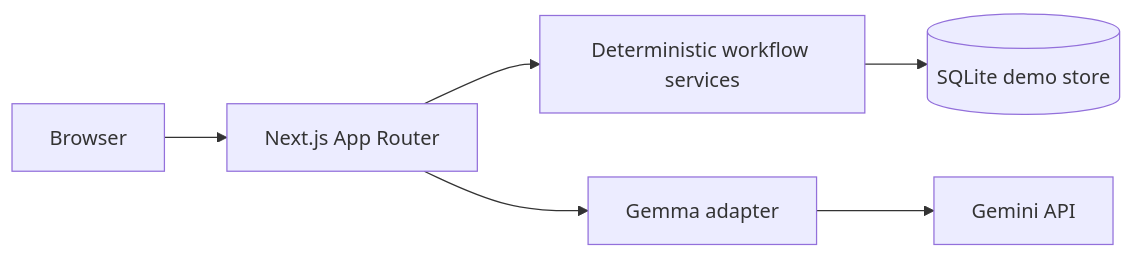
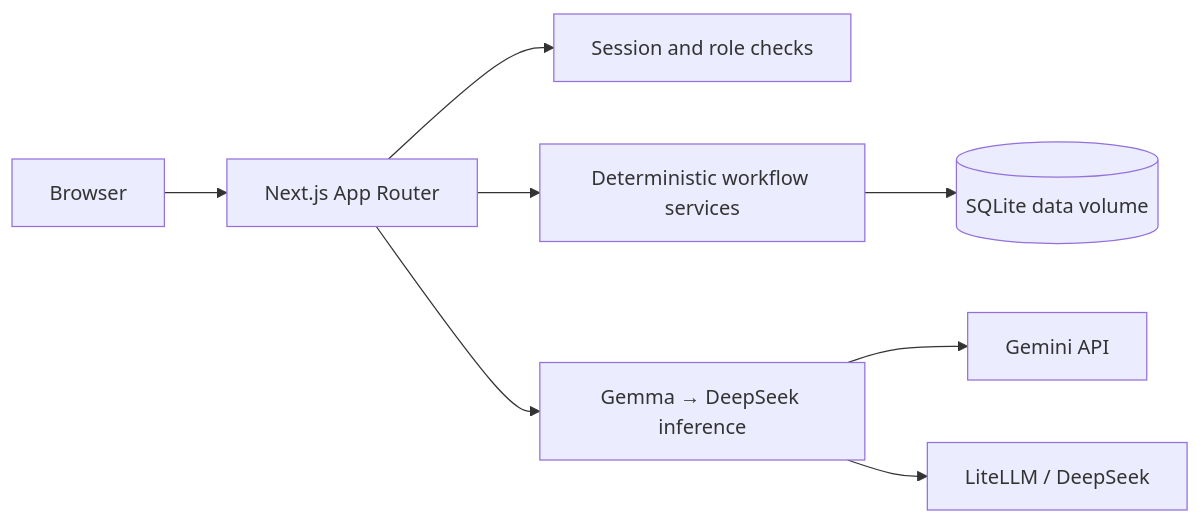
The second of 2 diagrams in README.md (nusabyte-my/pilot-bridge), drawn with Mermaid before and after one commit. The commit also changed other lines of this file and 11 other files, not shown here.

Commit message:
Add official logo and Gemma-primary inference with DeepSeek fallback

````diff
--- a/README.md
+++ b/README.md
@@ -100,8 +194,10 @@
 ```mermaid
 flowchart LR
     U[Browser] --> N[Next.js App Router]
+    N --> A[Session and role checks]
     N --> W[Deterministic workflow services]
-    N --> A[Gemma adapter]
-    W --> S[(SQLite demo store)]
-    A --> G[Gemini API]
+    N --> I[Gemma → DeepSeek inference]
+    W --> S[(SQLite data volume)]
+    I --> G[Gemini API]
+    I --> D[LiteLLM / DeepSeek]
 ```
````
